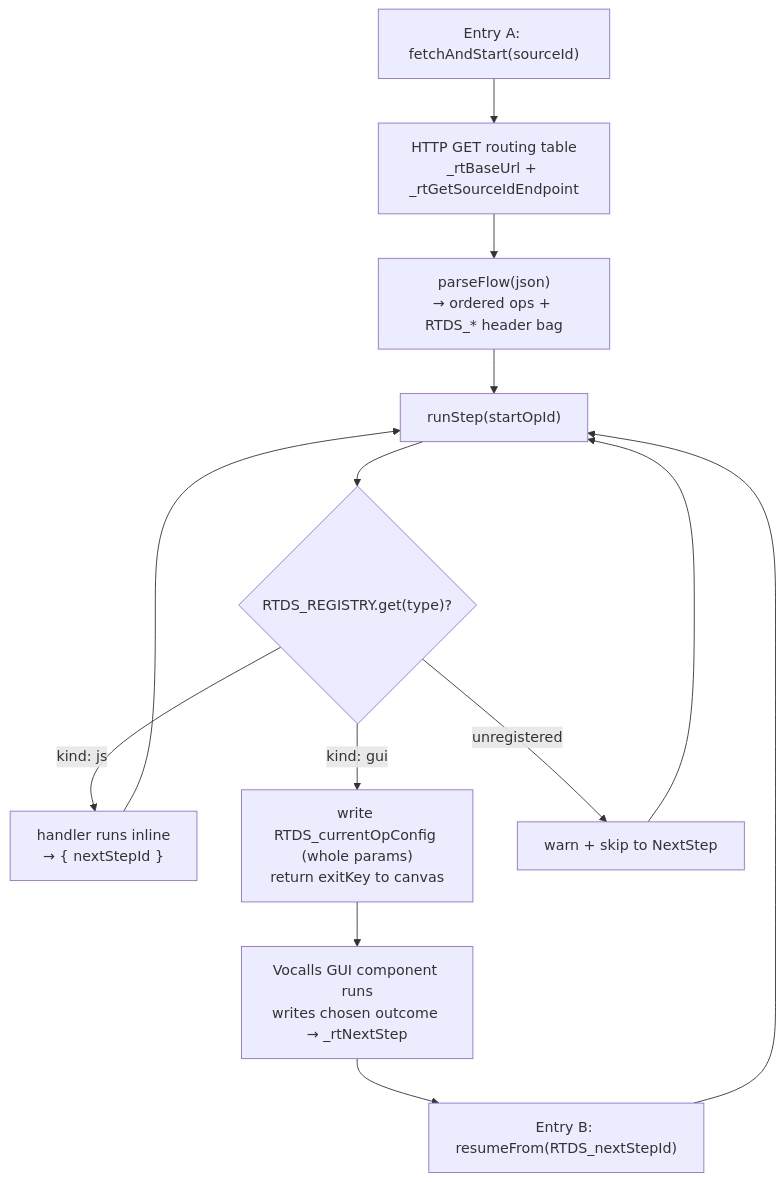
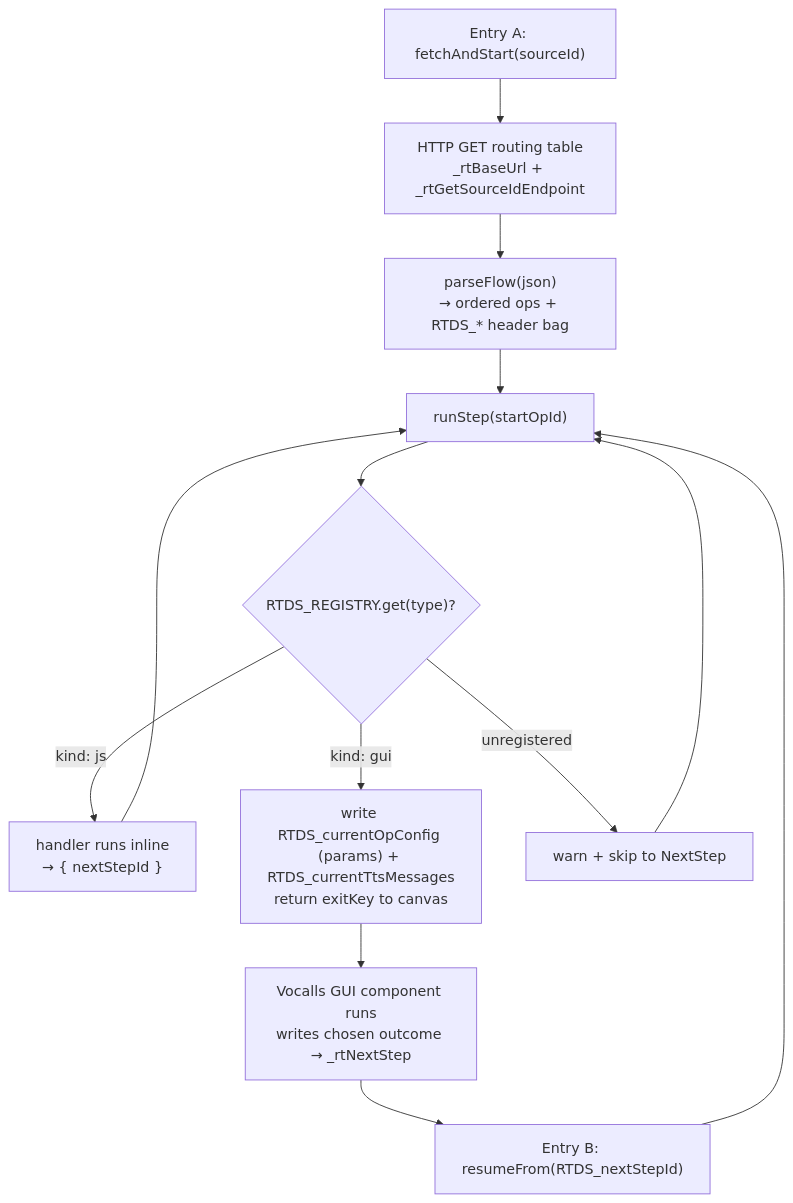
One commit to MertensMattias/vocalls-rtds changed the diagram in rtds/docs/runtime-architecture.md. Above: the diagram before and after it, drawn with Mermaid. The commit also changed other lines of this file and 12 other files, not shown here.

First line of the commit message:
feat(rtds): enhance GUI handoff with TTS messages and add new component

````diff
--- a/rtds/docs/runtime-architecture.md
+++ b/rtds/docs/runtime-architecture.md
@@ -60,15 +60,15 @@
 ```mermaid
 flowchart TD
     A["Entry A: fetchAndStart(sourceId)"] --> F["HTTP GET routing table\n_rtBaseUrl + _rtGetSourceIdEndpoint"]
     F --> P["parseFlow(json)\n→ ordered ops + RTDS_* header bag"]
     P --> RS["runStep(startOpId)"]
     RS --> L{"RTDS_REGISTRY.get(type)?"}
     L -->|"kind: js"| H["handler runs inline\n→ { nextStepId }"]
     H --> RS
-    L -->|"kind: gui"| G["write RTDS_currentOpConfig (whole params)\nreturn exitKey to canvas"]
+    L -->|"kind: gui"| G["write RTDS_currentOpConfig (params) + RTDS_currentTtsMessages\nreturn exitKey to canvas"]
     L -->|"unregistered"| W["warn + skip to NextStep"]
     W --> RS
     G --> C["Vocalls GUI component runs\nwrites chosen outcome → _rtNextStep"]
     C --> B["Entry B: resumeFrom(RTDS_nextStepId)"]
     B --> RS
 ```
````
